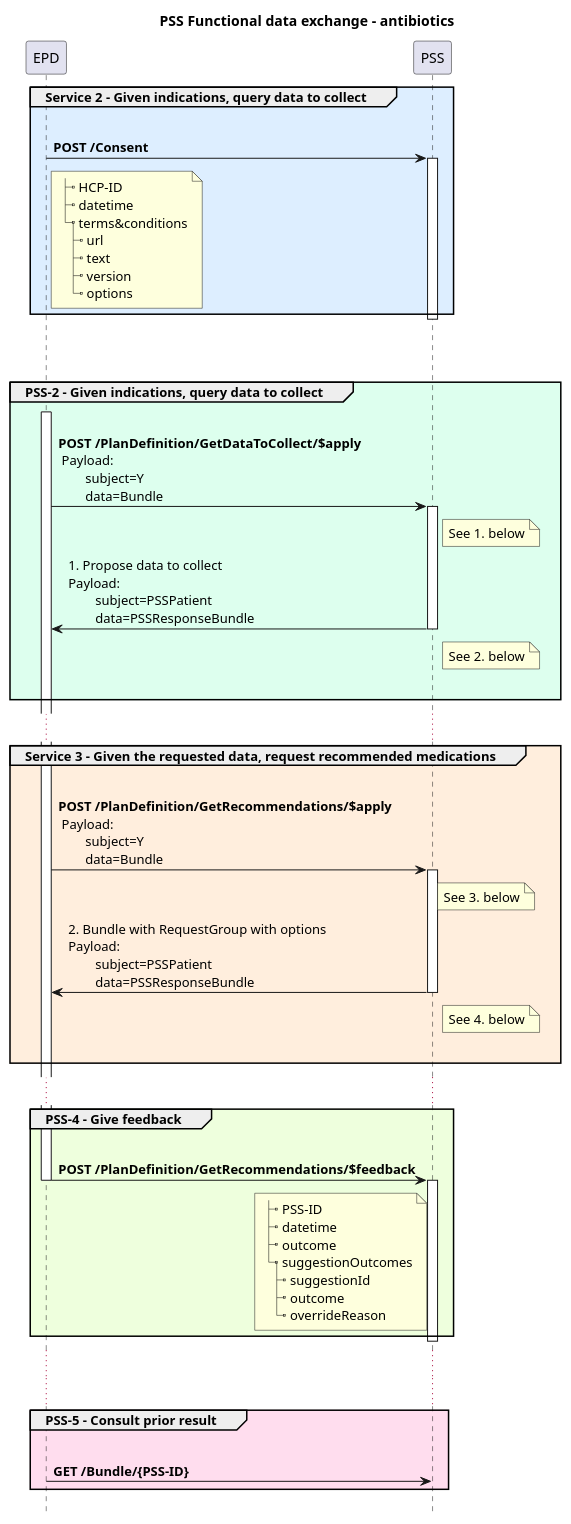
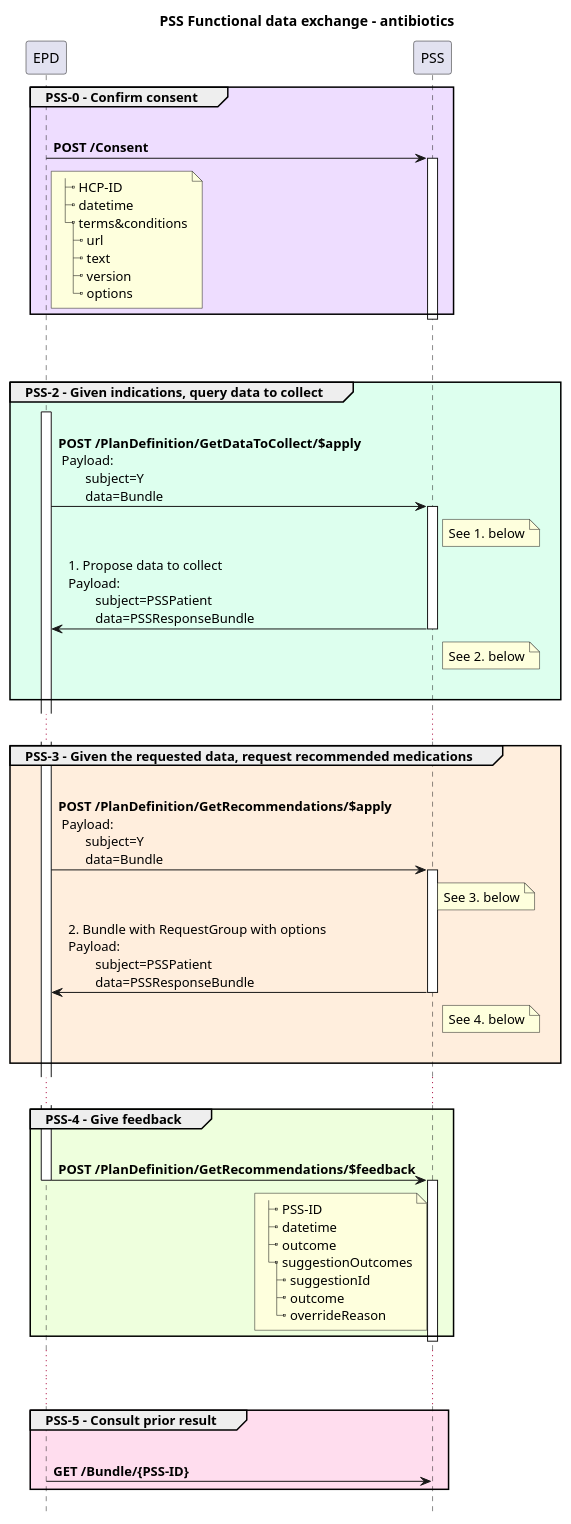
Before and after one commit to hl7-be/pss: the diagram in input/images-source/pss-flow-antimicrobiology.plantuml, drawn with PlantUML. The commit also changed 3 other files, not shown here.

Commit message:
update diagrams and service numbering

```diff
--- a/input/images-source/pss-flow-antimicrobiology.plantuml
+++ b/input/images-source/pss-flow-antimicrobiology.plantuml
@@ -1,83 +1,83 @@
 @startuml
 !pragma teoz true
 Title PSS Functional data exchange - antibiotics
 hide footbox
 
 
-group #def Service 2 - Given indications, query data to collect
 
+group #edf PSS-0 - Confirm consent
         EPD -> PSS : \n**POST /Consent**
         activate PSS
         note right of EPD
 |_ HCP-ID
 |_ datetime
 |_ terms&conditions
   |_ url
   |_ text
   |_ version
   |_ options
         end note
         deactivate EPD
         deactivate PSS
 end
 |||
 |||
 
 group #dfe PSS-2 - Given indications, query data to collect
         Activate EPD
         EPD -> PSS : \n**POST /PlanDefinition/GetDataToCollect/$apply**\n Payload:\n        subject=Y\n        data=Bundle
         Activate PSS
         note right of PSS
 See 1. below
         end note
 
         PSS -> EPD: 1. Propose data to collect\nPayload:\n        subject=PSSPatient\n        data=PSSResponseBundle
         note right of PSS
 See 2. below
         end note
         deactivate PSS
         |||
 '        Deactivate EPD
 end
 ...
-group #fed Service 3 - Given the requested data, request recommended medications
+group #fed PSS-3 - Given the requested data, request recommended medications
         EPD -> PSS : \n**POST /PlanDefinition/GetRecommendations/$apply**\n Payload:\n        subject=Y\n        data=Bundle
 '        activate EPD
         note right of PSS
 See 3. below
         end note
         activate PSS
         PSS -> EPD: 2. Bundle with RequestGroup with options\nPayload:\n        subject=PSSPatient\n        data=PSSResponseBundle
         note right of PSS
 See 4. below
         end note
         deactivate PSS
         |||
 '        Deactivate EPD
 
 end
 ...
 group #efd PSS-4 - Give feedback
         EPD -> PSS : \n**POST /PlanDefinition/GetRecommendations/$feedback**
 '        activate EPD
         note left of PSS
 |_ PSS-ID
 |_ datetime
 |_ outcome
 |_ suggestionOutcomes
   |_ suggestionId
   |_ outcome
   |_ overrideReason
         end note
         deactivate EPD
         activate PSS
         deactivate PSS
 end
 ...
 ...
 group #fde PSS-5 - Consult prior result
 EPD -> PSS : \n**GET /Bundle/{PSS-ID}**
 '        activate EPD
 end
 
 @enduml
```
